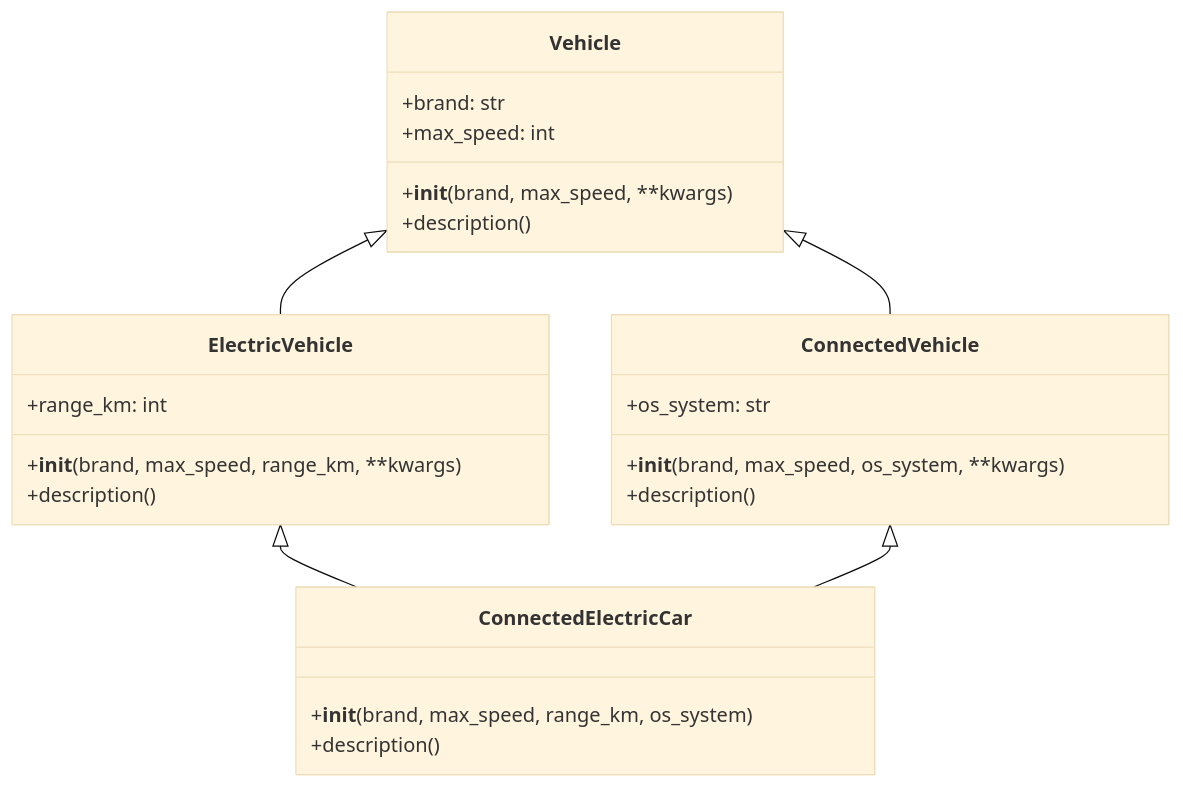
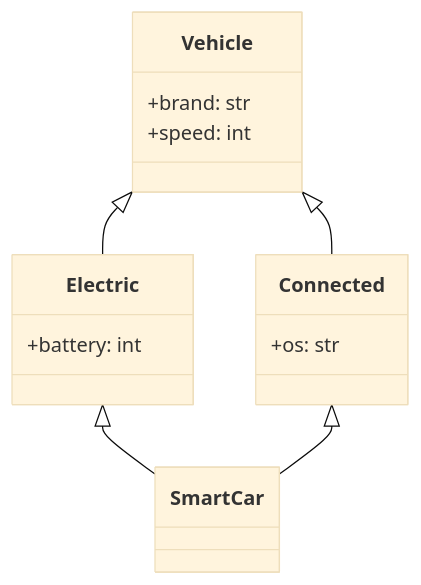
The seventh of 11 diagrams in README.md (Lagmouchyoussef/Python-Practical-Works), drawn with Mermaid (base theme) before and after one commit. The commit also changed other lines of this file, not shown here.

````diff
--- a/README.md
+++ b/README.md
@@ -613,31 +357,23 @@
 ```mermaid
 classDiagram
     class Vehicle {
         +brand: str
-        +max_speed: int
-        +__init__(brand, max_speed, **kwargs)
-        +description()
+        +speed: int
     }
     
-    class ElectricVehicle {
-        +range_km: int
-        +__init__(brand, max_speed, range_km, **kwargs)
-        +description()
+    class Electric {
+        +battery: int
     }
     
-    class ConnectedVehicle {
-        +os_system: str
-        +__init__(brand, max_speed, os_system, **kwargs)
-        +description()
+    class Connected {
+        +os: str
     }
     
-    class ConnectedElectricCar {
-        +__init__(brand, max_speed, range_km, os_system)
-        +description()
+    class SmartCar {
     }
     
-    Vehicle <|-- ElectricVehicle
-    Vehicle <|-- ConnectedVehicle
-    ElectricVehicle <|-- ConnectedElectricCar
-    ConnectedVehicle <|-- ConnectedElectricCar
+    Vehicle <|-- Electric
+    Vehicle <|-- Connected
+    Electric <|-- SmartCar
+    Connected <|-- SmartCar
 ```
````
